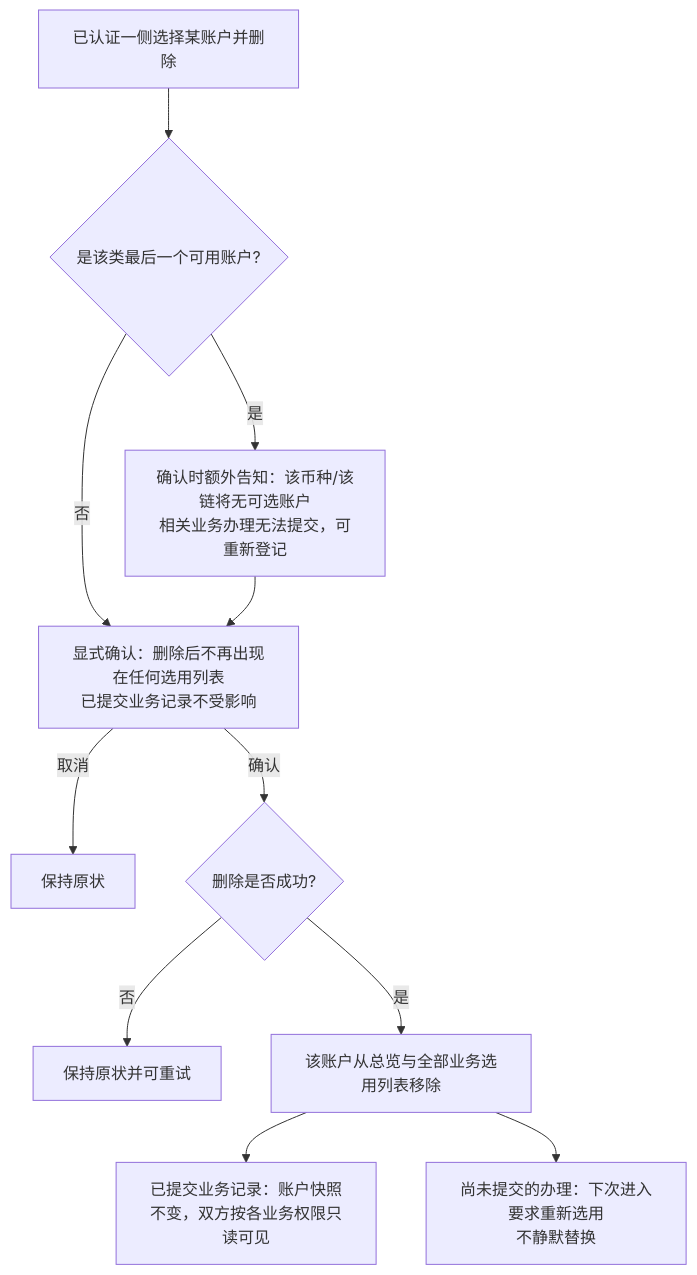
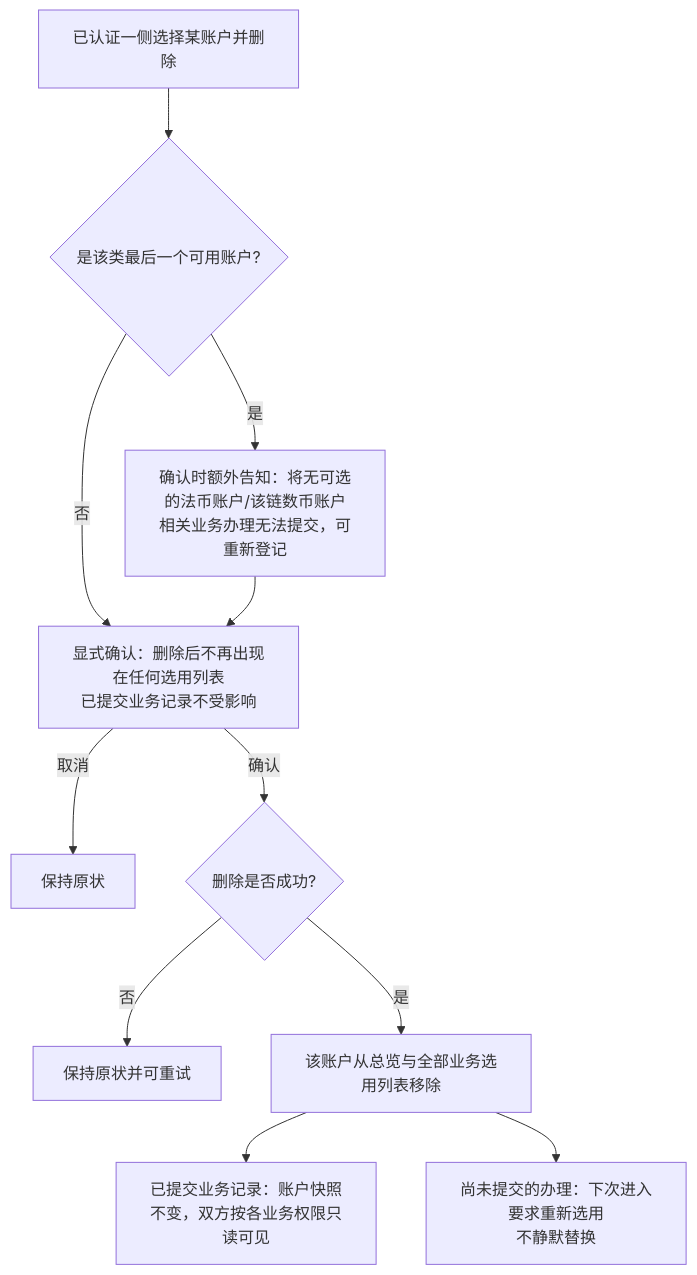
Before and after one commit to wxblockchain/Chain-Financing: the fourth of 7 diagrams in lending-platform/PRD/面客端/03-企业账户/02-企业账户-流程图与状态机.md, drawn with Mermaid. The commit also changed other lines of this file and 2 other files, not shown here.

````diff
--- a/lending-platform/PRD/面客端/03-企业账户/02-企业账户-流程图与状态机.md
+++ b/lending-platform/PRD/面客端/03-企业账户/02-企业账户-流程图与状态机.md
@@ -95,13 +95,13 @@
 ```mermaid
 flowchart TD
     A[已认证一侧选择某账户并删除] --> B{是该类最后一个可用账户?}
-    B -->|是| C[确认时额外告知：该币种/该链将无可选账户<br/>相关业务办理无法提交，可重新登记]
+    B -->|是| C[确认时额外告知：将无可选的法币账户/该链数币账户<br/>相关业务办理无法提交，可重新登记]
     B -->|否| D[显式确认：删除后不再出现在任何选用列表<br/>已提交业务记录不受影响]
     C --> D
     D -->|取消| E[保持原状]
     D -->|确认| F{删除是否成功?}
     F -->|否| G[保持原状并可重试]
     F -->|是| H[该账户从总览与全部业务选用列表移除]
     H --> I[已提交业务记录：账户快照不变，双方按各业务权限只读可见]
     H --> J[尚未提交的办理：下次进入要求重新选用<br/>不静默替换]
 ```
````
